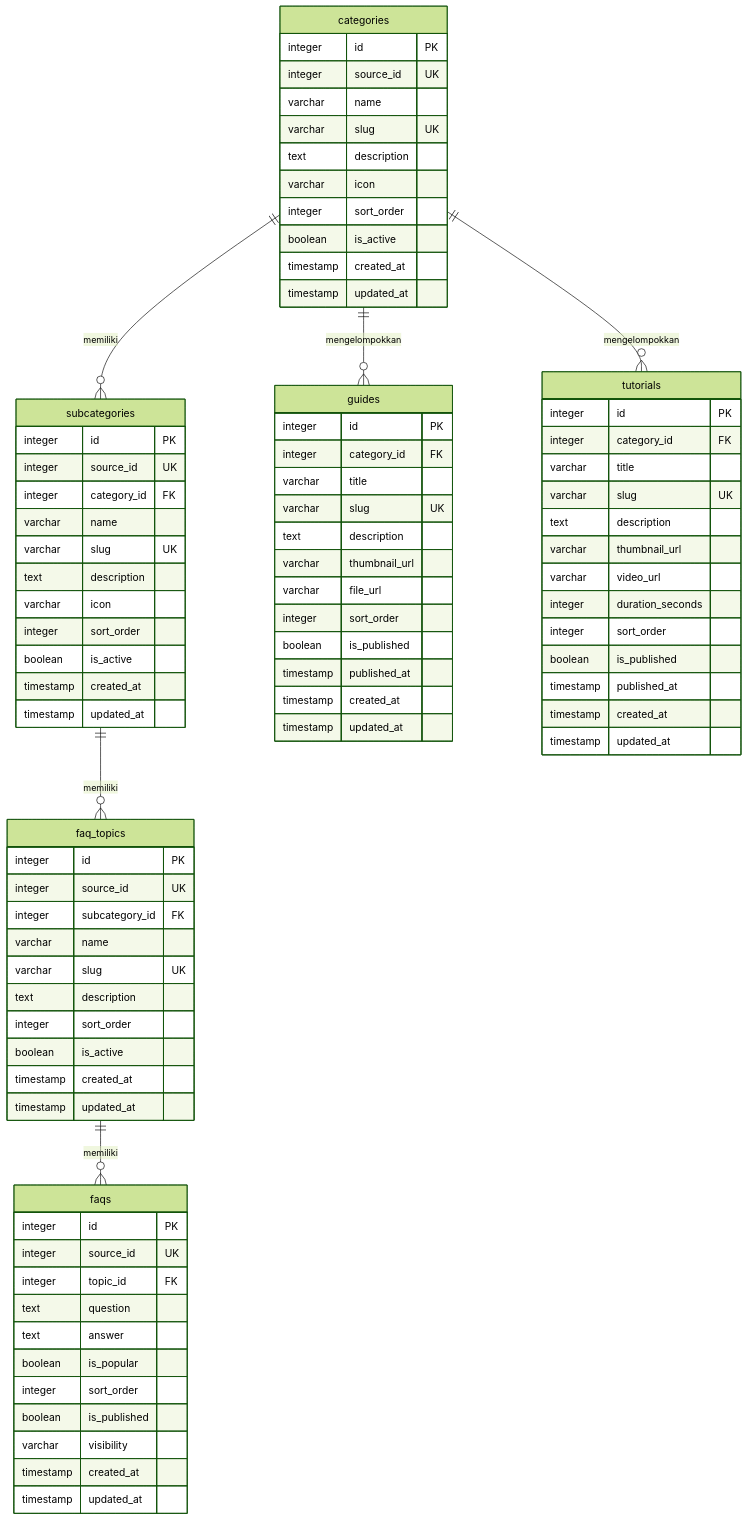
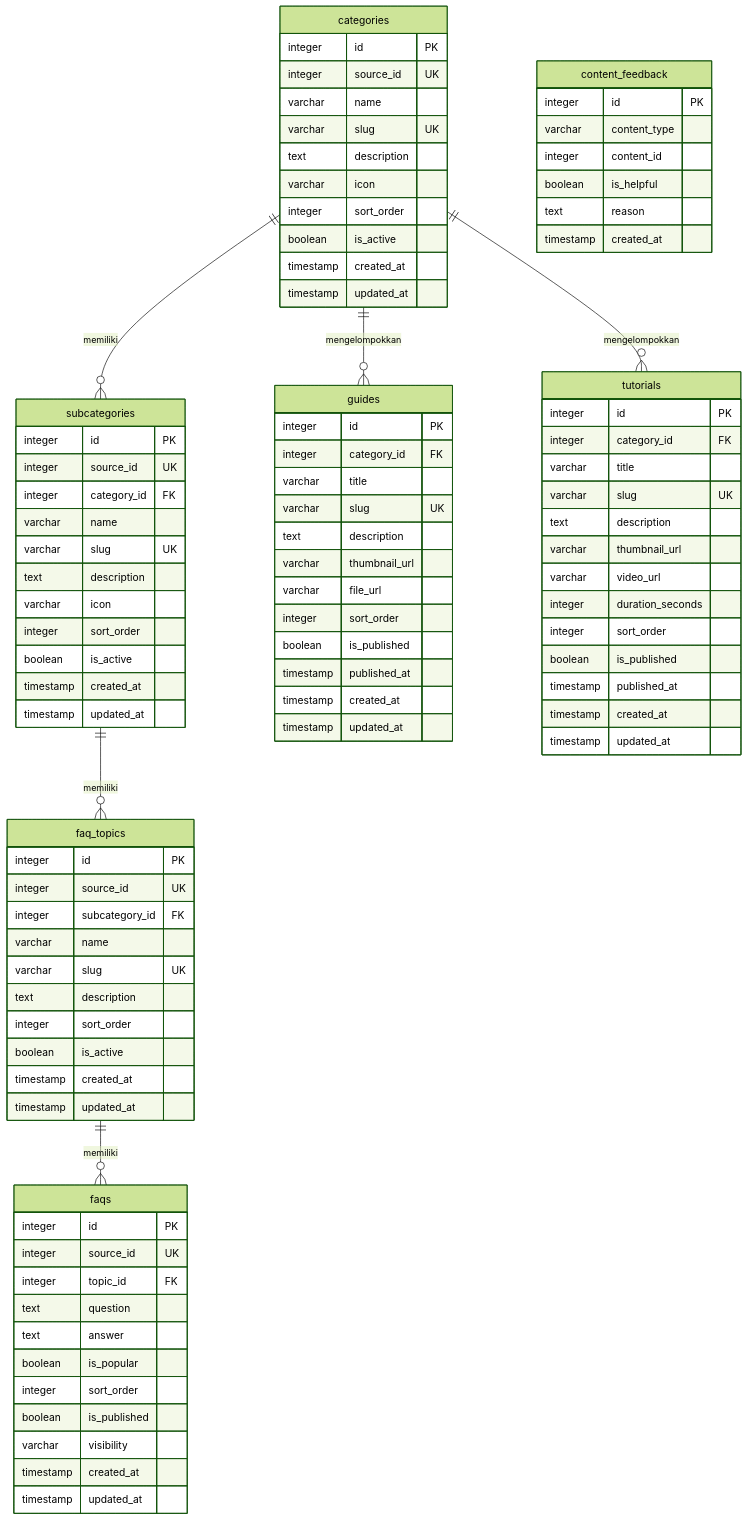
The diagram in docs/database.md (CamizZz0/help-center-insw), drawn with Mermaid (forest theme) before and after one commit. The commit also changed other lines of this file and 8 other files, not shown here.

Commit message:
feat: implement unified content feedback component for FAQs, guides, and tutorials

````diff
--- a/docs/database.md
+++ b/docs/database.md
@@ -130,4 +131,13 @@
         timestamp created_at
         timestamp updated_at
     }
+
+    content_feedback {
+        integer id PK
+        varchar content_type
+        integer content_id
+        boolean is_helpful
+        text reason
+        timestamp created_at
+    }
 ```
````
